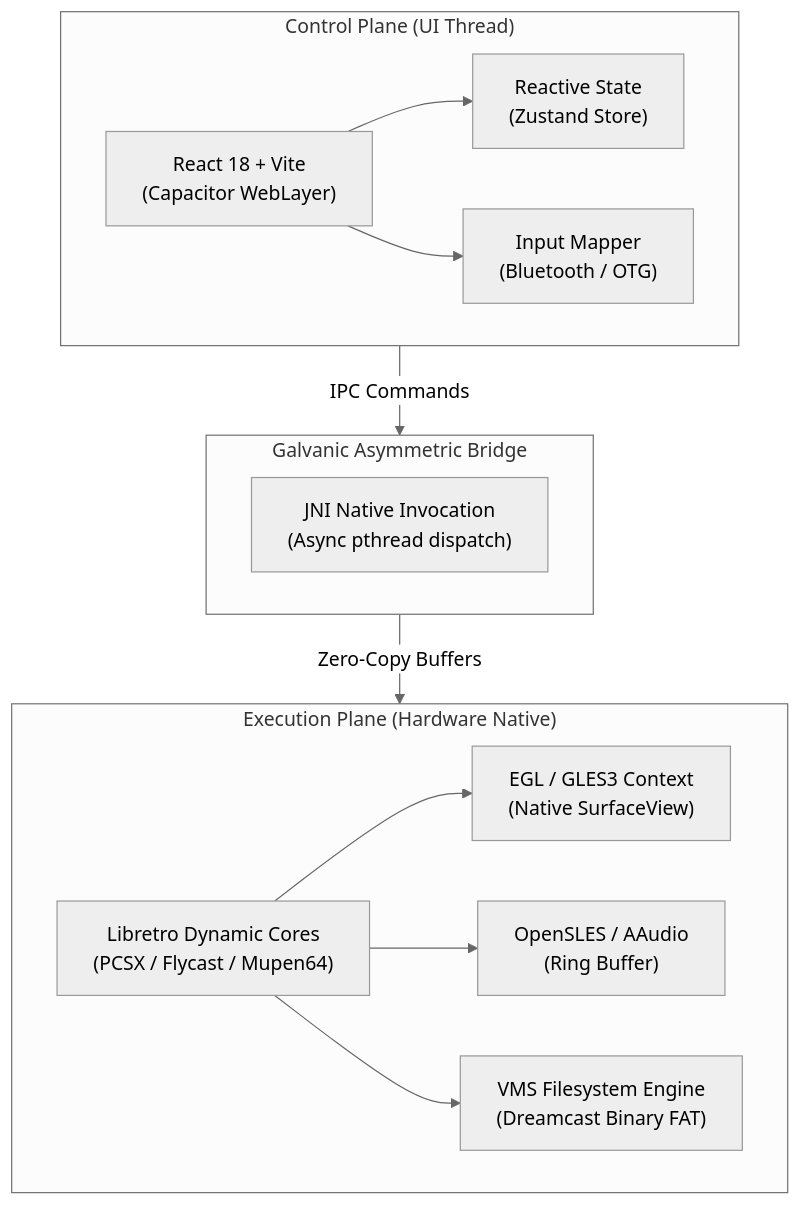
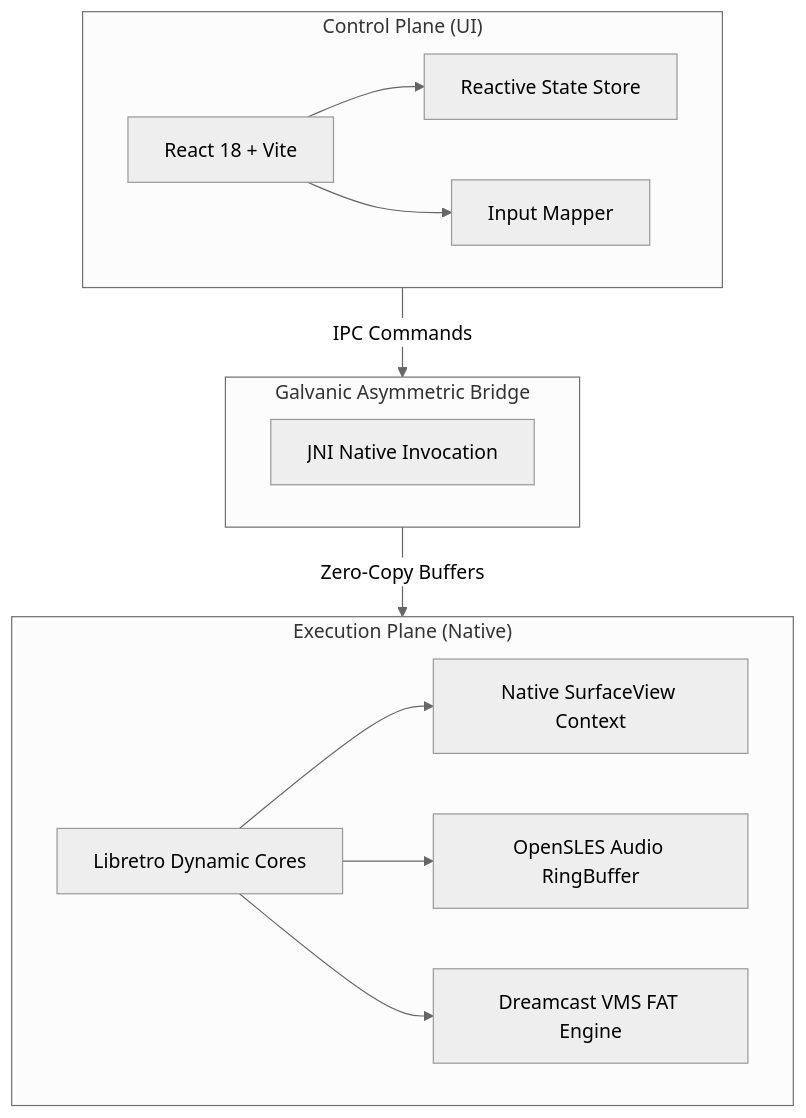
One commit to welzim19-star/capivara-emu changed the diagram in README.md. Above: the diagram before and after it, drawn with Mermaid (neutral theme). The commit also changed 1 other file, not shown here.

Commit message:
fix(diagram): streamline Mermaid node labels to eliminate clipping

````diff
--- a/README.md
+++ b/README.md
@@ -24,28 +24,28 @@
 ```mermaid
 flowchart TD
-    subgraph UI_PLANE["Control Plane (UI Thread)"]
-        UI["React 18 + Vite<br/>(Capacitor WebLayer)"]
-        State["Reactive State<br/>(Zustand Store)"]
-        BT["Input Mapper<br/>(Bluetooth / OTG)"]
+    subgraph UI_PLANE["Control Plane (UI)"]
+        UI["React 18 + Vite"]
+        State["Reactive State Store"]
+        BT["Input Mapper"]
         UI --> State
         UI --> BT
     end
 
     subgraph JNI_BRIDGE["Galvanic Asymmetric Bridge"]
-        Bridge["JNI Native Invocation<br/>(Async pthread dispatch)"]
+        Bridge["JNI Native Invocation"]
     end
 
-    subgraph ENGINE_PLANE["Execution Plane (Hardware Native)"]
-        Core["Libretro Dynamic Cores<br/>(PCSX / Flycast / Mupen64)"]
-        EGL["EGL / GLES3 Context<br/>(Native SurfaceView)"]
-        Audio["OpenSLES / AAudio<br/>(Ring Buffer)"]
-        VMS["VMS Filesystem Engine<br/>(Dreamcast Binary FAT)"]
+    subgraph ENGINE_PLANE["Execution Plane (Native)"]
+        Core["Libretro Dynamic Cores"]
+        EGL["Native SurfaceView Context"]
+        Audio["OpenSLES Audio RingBuffer"]
+        VMS["Dreamcast VMS FAT Engine"]
         
         Core --> EGL
         Core --> Audio
         Core --> VMS
     end
 
     UI_PLANE -- "IPC Commands" --> JNI_BRIDGE
     JNI_BRIDGE -- "Zero-Copy Buffers" --> ENGINE_PLANE
 ```
````
